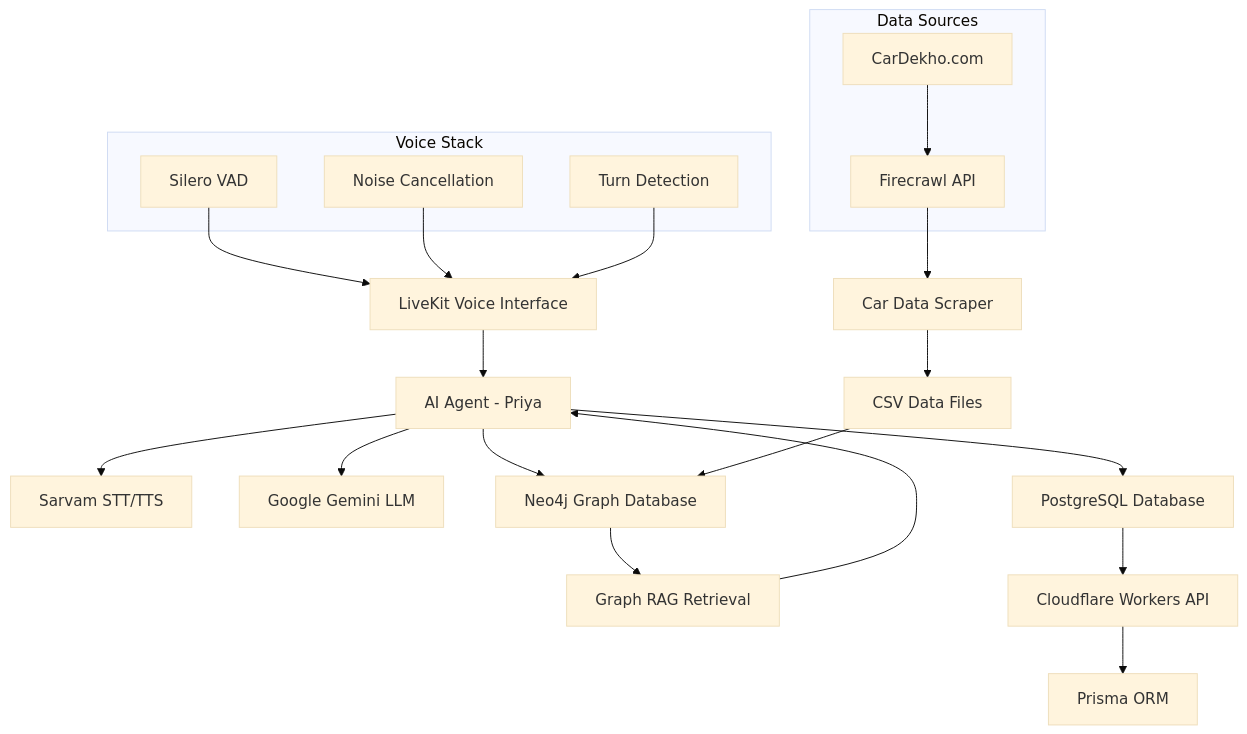
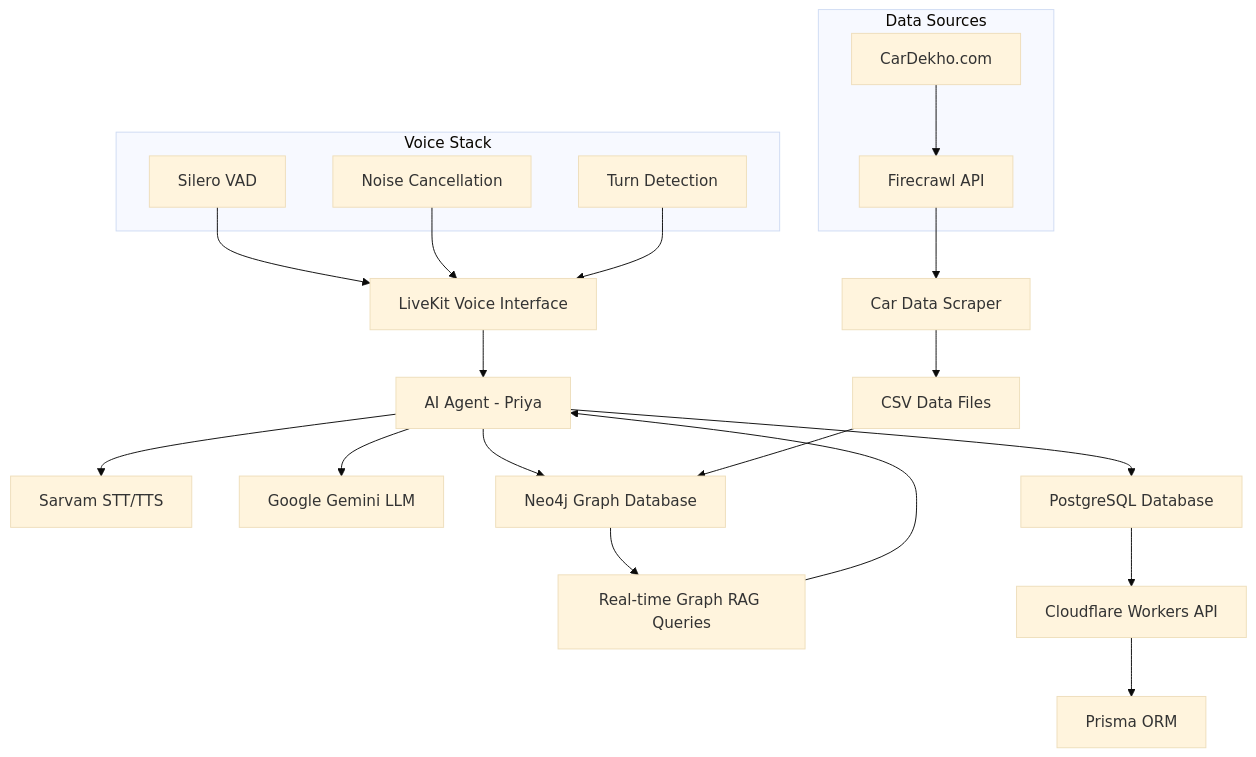
One commit to 21lakshh/Vehicle-Insurance-Agent changed the diagram in README.md. Above: the diagram before and after it, drawn with Mermaid (base theme). The commit also changed other lines of this file, not shown here.

````diff
--- a/README.md
+++ b/README.md
@@ -26,33 +26,33 @@
 ```mermaid
 graph TB
     A[LiveKit Voice Interface] --> B[AI Agent - Priya]
     B --> C[Sarvam STT/TTS]
     B --> D[Google Gemini LLM]
     B --> E[Neo4j Graph Database]
     B --> F[PostgreSQL Database]
     
     G[Firecrawl API] --> H[Car Data Scraper]
     H --> I[CSV Data Files]
     I --> E
     
-    E --> J[Graph RAG Retrieval]
+    E --> J[Real-time Graph RAG Queries]
     J --> B
     
     F --> K[Cloudflare Workers API]
     K --> L[Prisma ORM]
     
     subgraph "Data Sources"
         M[CarDekho.com]
         M --> G
     end
     
     subgraph "Voice Stack"
         N[Silero VAD]
         O[Noise Cancellation]
         P[Turn Detection]
     end
     
     N --> A
     O --> A
     P --> A
 ```
````
